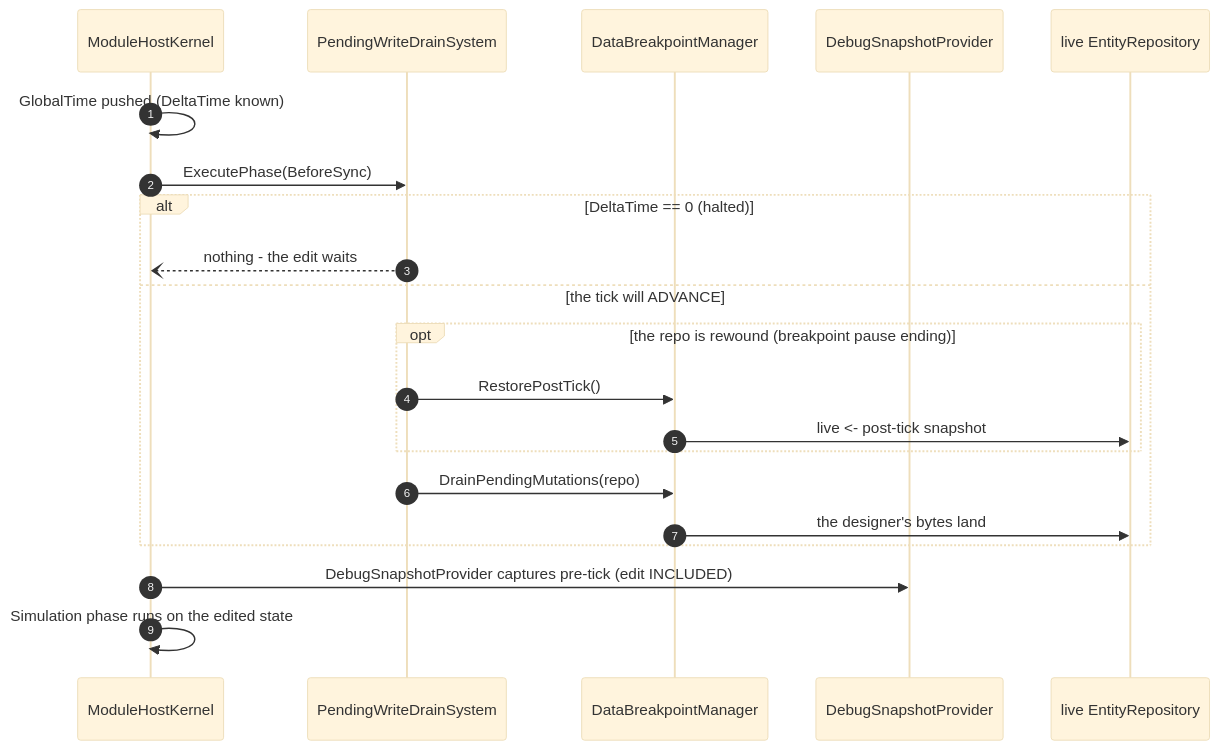
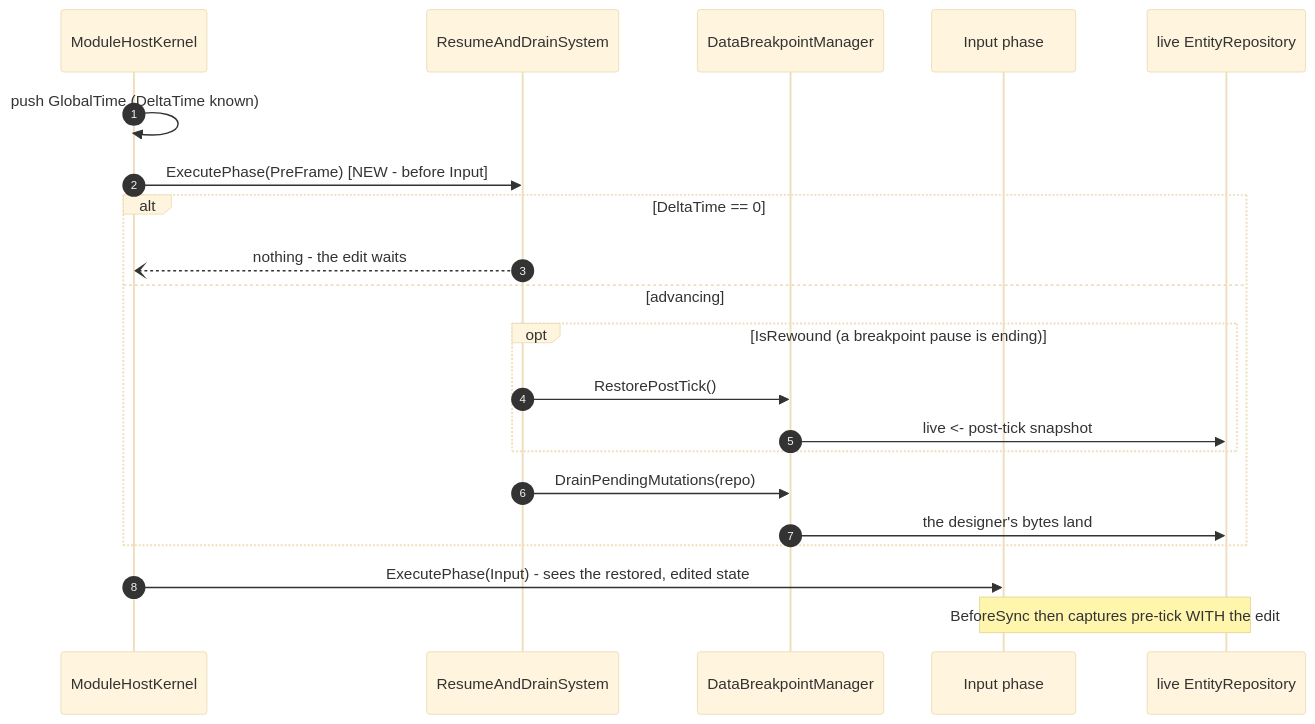
The third of 4 diagrams in docs/blueprints/DESIGN_Time_And_Write_Architecture.md (pjanec/HROT), drawn with Mermaid (base theme) before and after one commit. The commit also changed other lines of this file and 3 other files, not shown here.

````diff
--- a/docs/blueprints/DESIGN_Time_And_Write_Architecture.md
+++ b/docs/blueprints/DESIGN_Time_And_Write_Architecture.md
@@ -194,24 +171,24 @@
 ```mermaid
 sequenceDiagram
     autonumber
     participant K as ModuleHostKernel
-    participant D as PendingWriteDrainSystem
+    participant D as ResumeAndDrainSystem
     participant Q as DataBreakpointManager
-    participant P as DebugSnapshotProvider
+    participant I as Input phase
     participant R as live EntityRepository
 
-    K->>K: GlobalTime pushed (DeltaTime known)
-    K->>D: ExecutePhase(BeforeSync)
-    alt DeltaTime == 0 (halted)
+    K->>K: push GlobalTime (DeltaTime known)
+    K->>D: ExecutePhase(PreFrame)  [NEW - before Input]
+    alt DeltaTime == 0
         D--)K: nothing - the edit waits
-    else the tick will ADVANCE
-        opt the repo is rewound (breakpoint pause ending)
+    else advancing
+        opt IsRewound (a breakpoint pause is ending)
             D->>Q: RestorePostTick()
             Q->>R: live <- post-tick snapshot
         end
         D->>Q: DrainPendingMutations(repo)
         Q->>R: the designer's bytes land
     end
-    K->>P: DebugSnapshotProvider captures pre-tick (edit INCLUDED)
-    K->>K: Simulation phase runs on the edited state
+    K->>I: ExecutePhase(Input) - sees the restored, edited state
+    Note over I,R: BeforeSync then captures pre-tick WITH the edit
 ```
````
